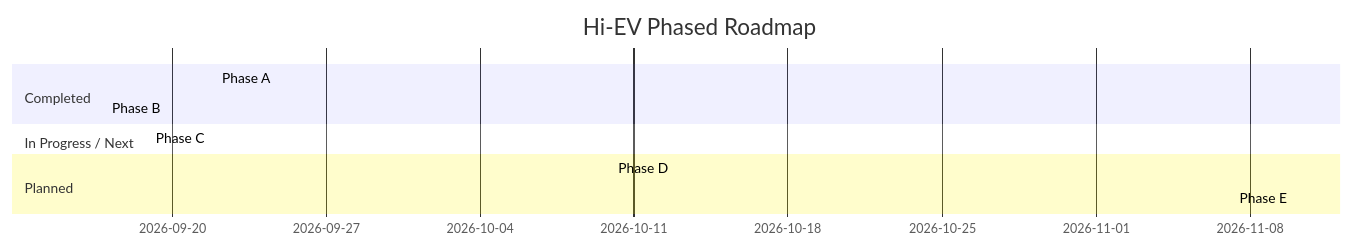
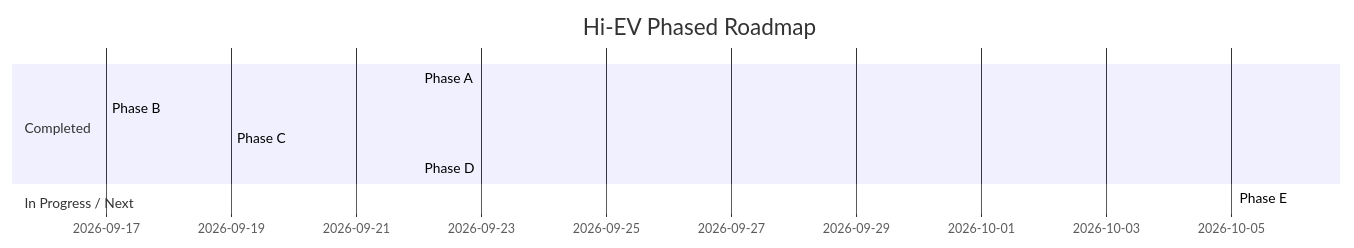
Before and after one commit to satyamdas03/Hi-EV: the ninth of 10 diagrams in docs/superpowers/architecture/hi-ev-end-to-end-architecture.md, drawn with Mermaid. The commit also changed other lines of this file and 5 other files, not shown here.

First line of the commit message:
docs: sync README, roadmap, architecture, and plans with Phases A–D completion

````diff
--- a/docs/superpowers/architecture/hi-ev-end-to-end-architecture.md
+++ b/docs/superpowers/architecture/hi-ev-end-to-end-architecture.md
@@ -366,13 +390,12 @@
 ```mermaid
 gantt
     title Hi-EV Phased Roadmap
     dateFormat 2026-09-01
     section Completed
     Phase A :done, a, 2026-09-01, 2026-09-17
     Phase B :done, b, 2026-09-17, 2026-09-19
+    Phase C :done, c, 2026-09-19, 2026-09-22
+    Phase D :done, d, 2026-09-22, 2026-10-06
     section In Progress / Next
-    Phase C :active, c, 2026-09-19, 2026-10-10
-    section Planned
-    Phase D :d, 2026-10-10, 2026-11-10
-    Phase E :e, 2026-11-10, 2026-12-25
+    Phase E :active, e, 2026-10-06, 2026-11-24
 ```
````
